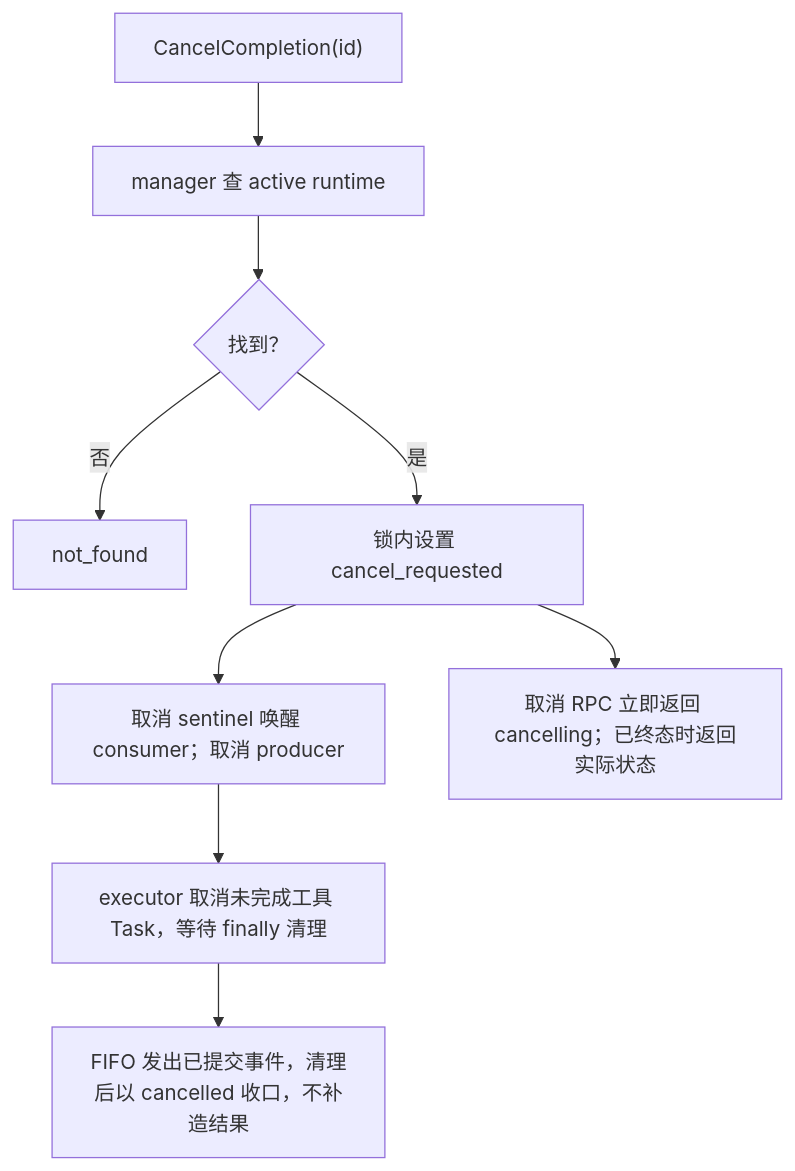
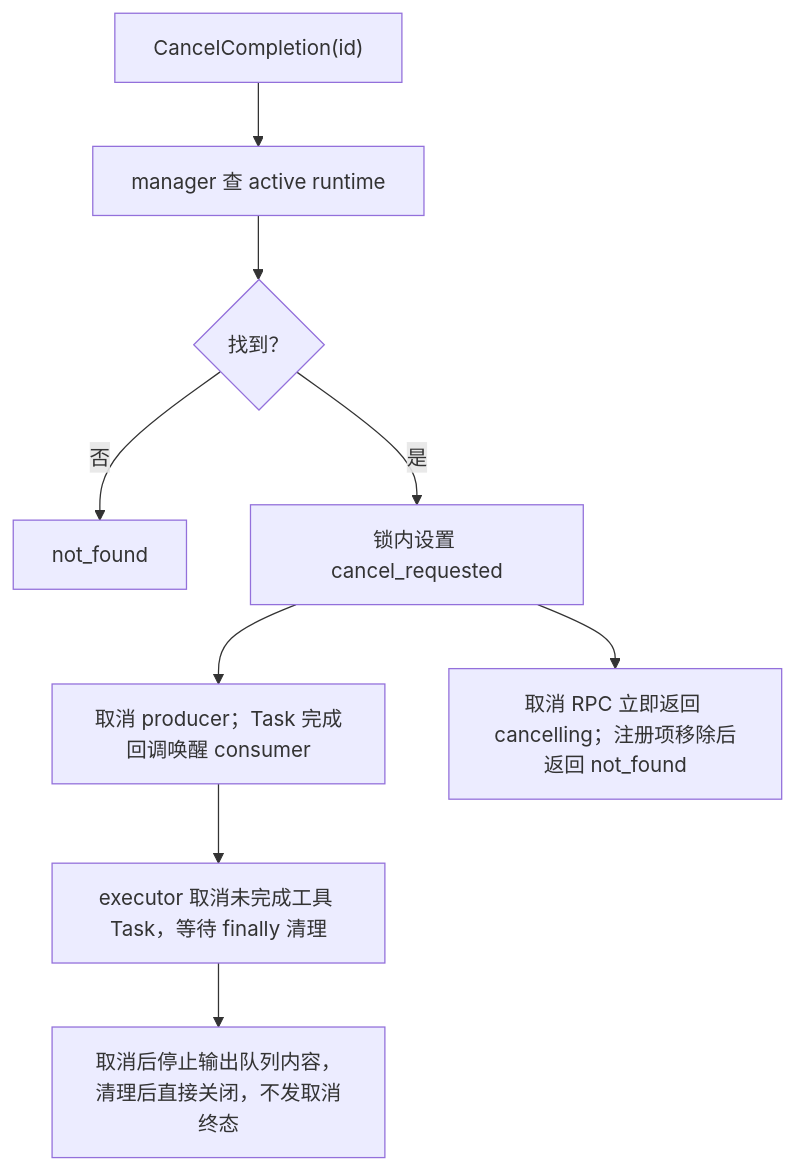
Before and after one commit to ADChahaha/TraceAgent: the second of 3 diagrams in agent/service/file_extraction_agent/docs/flowchart.md, drawn with Mermaid. The commit also changed 24 other files, not shown here.

````diff
--- a/agent/service/file_extraction_agent/docs/flowchart.md
+++ b/agent/service/file_extraction_agent/docs/flowchart.md
@@ -22,11 +22,11 @@
 ```mermaid
 flowchart TD
     A["CancelCompletion(id)"] --> B["manager 查 active runtime"]
     B --> C{"找到？"}
     C -- 否 --> D["not_found"]
     C -- 是 --> E["锁内设置 cancel_requested"]
-    E --> F["取消 sentinel 唤醒 consumer；取消 producer"]
-    E --> R["取消 RPC 立即返回 cancelling；已终态时返回实际状态"]
+    E --> F["取消 producer；Task 完成回调唤醒 consumer"]
+    E --> R["取消 RPC 立即返回 cancelling；注册项移除后返回 not_found"]
     F --> G["executor 取消未完成工具 Task，等待 finally 清理"]
-    G --> I["FIFO 发出已提交事件，清理后以 cancelled 收口，不补造结果"]
+    G --> I["取消后停止输出队列内容，清理后直接关闭，不发取消终态"]
 ```
````
